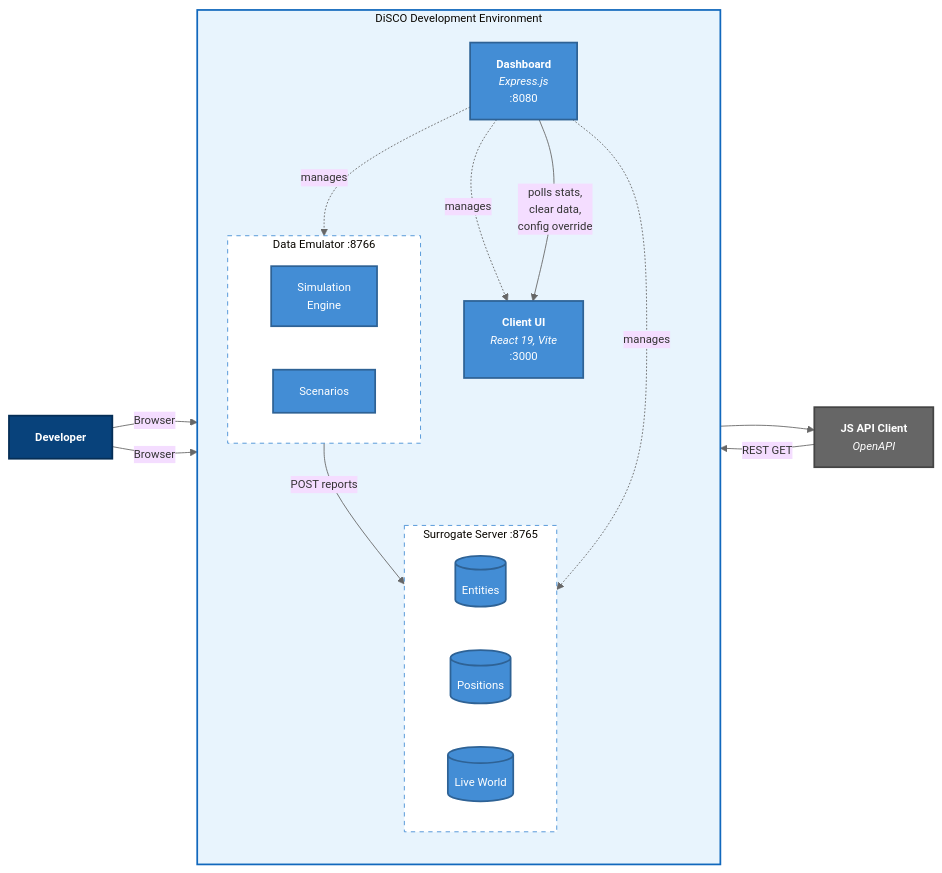
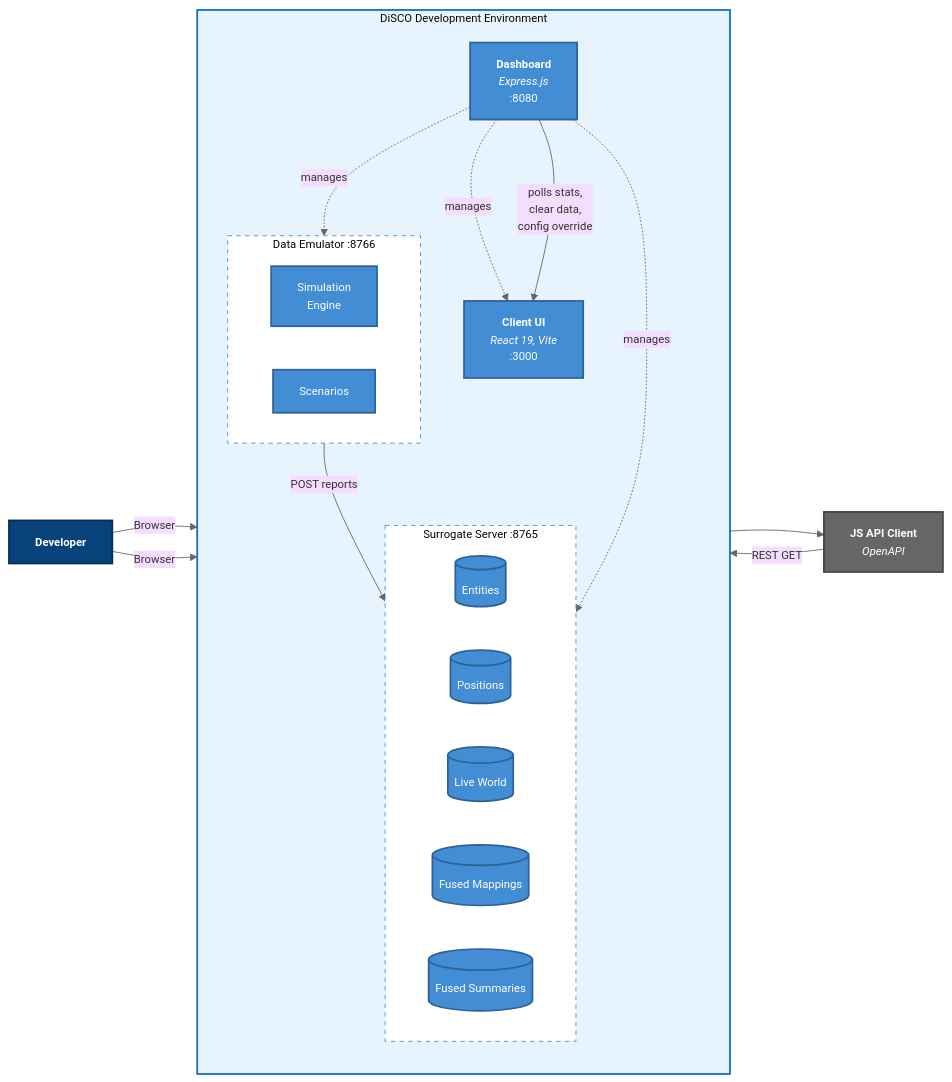
Before and after one commit to ericpauls/disco_workspace: the second of 6 diagrams in docs/c4-architecture-diagram.md, drawn with Mermaid. The commit also changed other lines of this file and 3 other files, not shown here.

````diff
--- a/docs/c4-architecture-diagram.md
+++ b/docs/c4-architecture-diagram.md
@@ -50,49 +50,51 @@
 ```mermaid
 %%{init: {'theme': 'base', 'themeVariables': { 'lineColor': '#666', 'fontSize': '13px'}}}%%
 flowchart LR
     dev["<b>Developer</b>"]
 
     subgraph disco["&nbsp;&nbsp;DiSCO Development Environment&nbsp;&nbsp;"]
         direction TB
         dash["<b>Dashboard</b><br/><i>Express.js</i><br/>:8080"]
         client["<b>Client UI</b><br/><i>React 19, Vite</i><br/>:3000"]
 
         subgraph server["&nbsp;&nbsp;Surrogate Server :8765&nbsp;&nbsp;"]
             direction LR
             entity_db[("Entities")]
             pos_db[("Positions")]
             lw_db[("Live World")]
+            fm_db[("Fused Mappings")]
+            fs_db[("Fused Summaries")]
         end
 
         subgraph emulator["&nbsp;&nbsp;Data Emulator :8766&nbsp;&nbsp;"]
             sim["Simulation<br/>Engine"]
             scenarios["Scenarios"]
         end
     end
 
     js_client["<b>JS API Client</b><br/><i>OpenAPI</i>"]
 
     dev -->|Browser| dash
     dev -->|Browser| client
     client --> js_client
     js_client -->|REST GET| server
     emulator -->|POST reports| server
     dash -.->|manages| server
     dash -.->|manages| emulator
     dash -.->|manages| client
     dash -->|polls stats,<br/>clear data,<br/>config override| client
 
     classDef person fill:#08427B,stroke:#052E56,color:#fff,stroke-width:2px
     classDef container fill:#438DD5,stroke:#2E6295,color:#fff,stroke-width:2px
     classDef db fill:#438DD5,stroke:#2E6295,color:#fff,stroke-width:2px
     classDef ext fill:#666,stroke:#444,color:#fff,stroke-width:2px
     classDef boundary fill:#E8F4FD,stroke:#1168BD,stroke-width:2px
     classDef inner fill:#fff,stroke:#438DD5,stroke-width:1px,stroke-dasharray: 5 5
 
     class dev person
     class dash,client,sim,scenarios container
-    class entity_db,pos_db,lw_db db
+    class entity_db,pos_db,lw_db,fm_db,fs_db db
     class js_client ext
     class disco boundary
     class server,emulator inner
 ```
````
